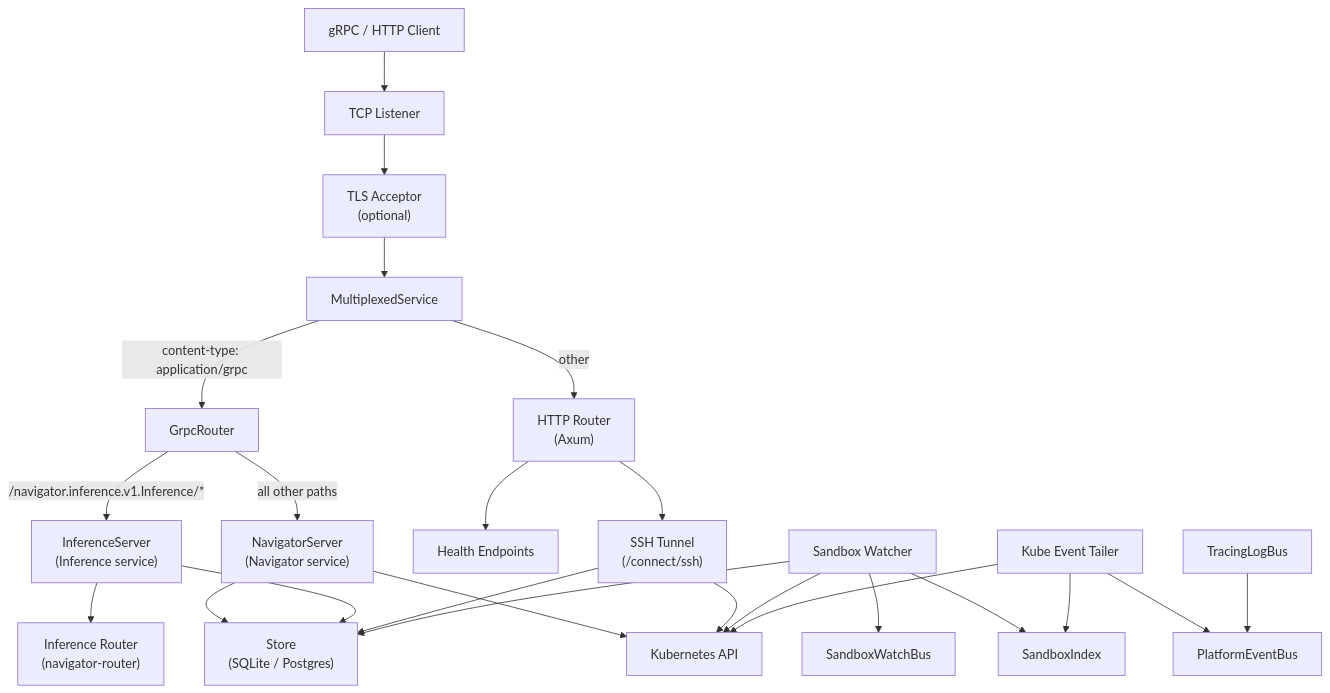
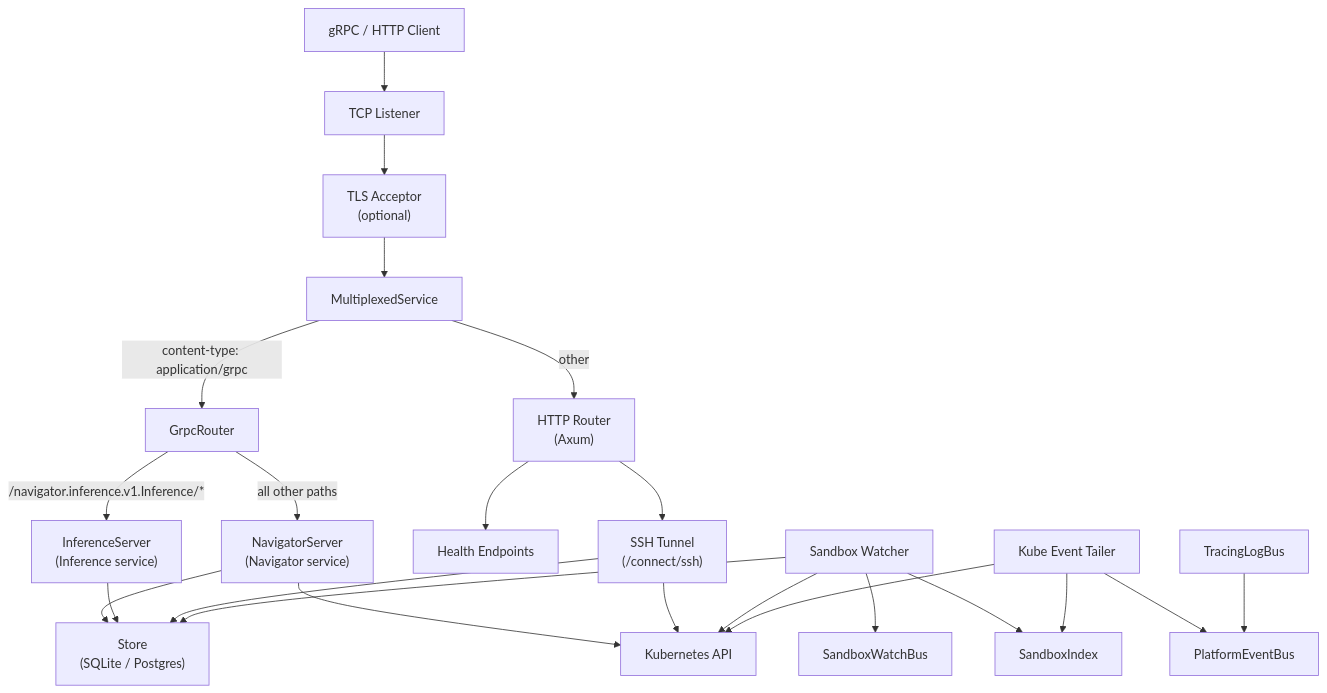
Before and after one commit to NVIDIA/OpenShell: the first of 2 diagrams in architecture/gateway.md, drawn with Mermaid. The commit also changed other lines of this file and 23 other files, not shown here.

````diff
--- a/architecture/gateway.md
+++ b/architecture/gateway.md
@@ -11,46 +11,44 @@
 ```mermaid
 graph TD
     Client["gRPC / HTTP Client"]
     TCP["TCP Listener"]
     TLS["TLS Acceptor<br/>(optional)"]
     MUX["MultiplexedService"]
     GRPC_ROUTER["GrpcRouter"]
     NAV["NavigatorServer<br/>(Navigator service)"]
     INF["InferenceServer<br/>(Inference service)"]
     HTTP["HTTP Router<br/>(Axum)"]
     HEALTH["Health Endpoints"]
     SSH_TUNNEL["SSH Tunnel<br/>(/connect/ssh)"]
     STORE["Store<br/>(SQLite / Postgres)"]
     K8S["Kubernetes API"]
     WATCHER["Sandbox Watcher"]
     EVENT_TAILER["Kube Event Tailer"]
     WATCH_BUS["SandboxWatchBus"]
     LOG_BUS["TracingLogBus"]
     PLAT_BUS["PlatformEventBus"]
     INDEX["SandboxIndex"]
-    ROUTER["Inference Router<br/>(navigator-router)"]
 
     Client --> TCP
     TCP --> TLS
     TLS --> MUX
     MUX -->|"content-type: application/grpc"| GRPC_ROUTER
     MUX -->|"other"| HTTP
     GRPC_ROUTER -->|"/navigator.inference.v1.Inference/*"| INF
     GRPC_ROUTER -->|"all other paths"| NAV
     HTTP --> HEALTH
     HTTP --> SSH_TUNNEL
     NAV --> STORE
     NAV --> K8S
     INF --> STORE
-    INF --> ROUTER
     SSH_TUNNEL --> STORE
     SSH_TUNNEL --> K8S
     WATCHER --> K8S
     WATCHER --> STORE
     WATCHER --> WATCH_BUS
     WATCHER --> INDEX
     EVENT_TAILER --> K8S
     EVENT_TAILER --> PLAT_BUS
     EVENT_TAILER --> INDEX
     LOG_BUS --> PLAT_BUS
 ```
````
